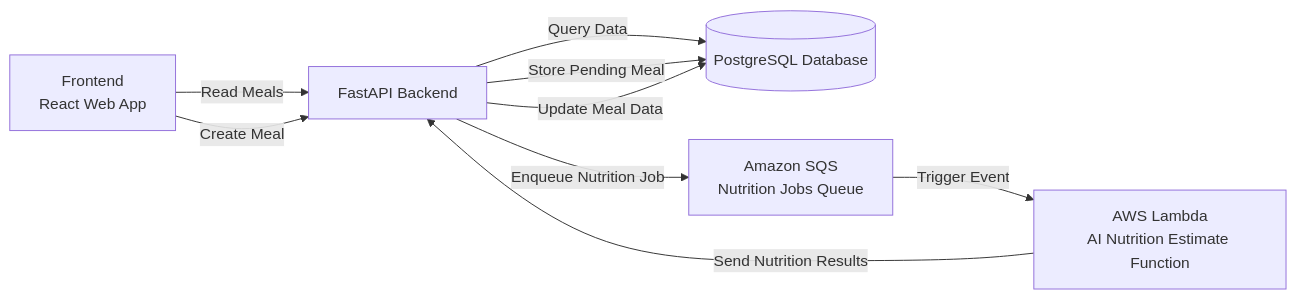
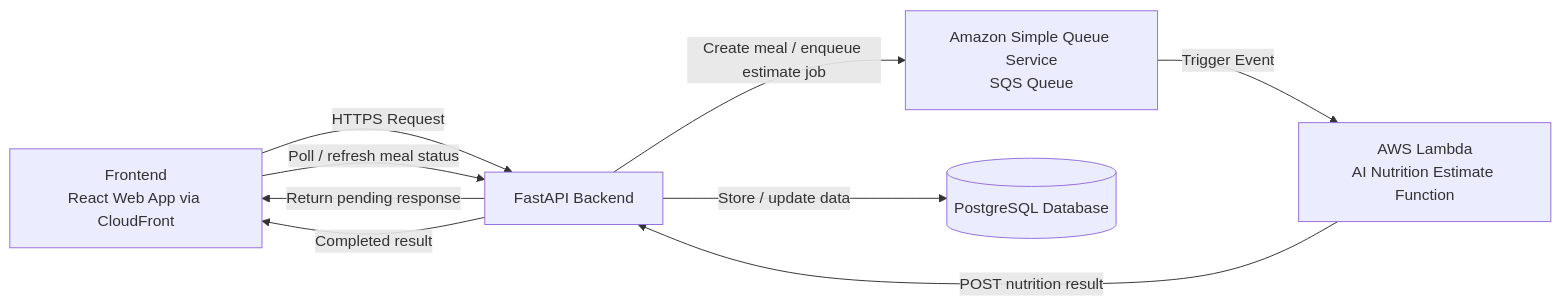
The diagram in README.md (stellar-flame/nutrition-tracker), drawn with Mermaid before and after one commit. The commit also changed 3 other files, not shown here.

Commit message:
feat: Update system design and README for CloudFront integration; enhance CORS settings for HTTPS

````diff
--- a/README.md
+++ b/README.md
@@ -32,18 +32,17 @@
 ```mermaid
 flowchart LR
-    FE[Frontend<br/>React Web App]
+    FE[Frontend<br/>React Web App via CloudFront]
     API[FastAPI Backend]
+    Q[Amazon Simple Queue Service<br/>SQS Queue]
+    L[AWS Lambda<br/>AI Nutrition Estimate Function]
     DB[(PostgreSQL Database)]
-    Q[Amazon SQS<br/>Nutrition Jobs Queue]
-    L[AWS Lambda<br/>AI Nutrition Estimate Function]
 
-    FE -->|Read Meals| API
-    API -->|Query Data| DB
-
-    FE -->|Create Meal| API
-    API -->|Store Pending Meal| DB
-    API -->|Enqueue Nutrition Job| Q
+    FE -->|HTTPS Request| API
+    API -->|Create meal / enqueue estimate job| Q
+    API -->|Return pending response| FE
     Q -->|Trigger Event| L
-    L -->|Send Nutrition Results| API
-    API -->|Update Meal Data| DB
+    L -->|POST nutrition result| API
+    API -->|Store / update data| DB
+    FE -->|Poll / refresh meal status| API
+    API -->|Completed result| FE
 ```
````
